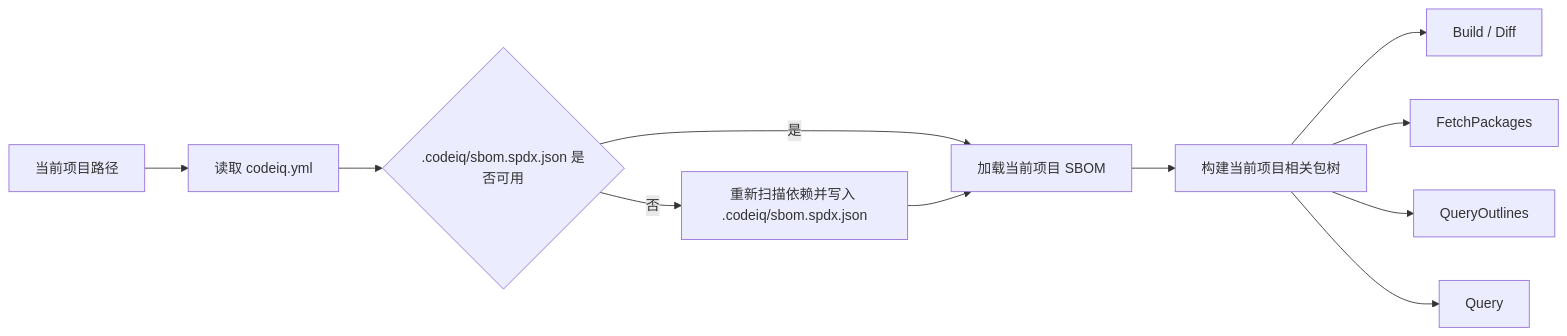
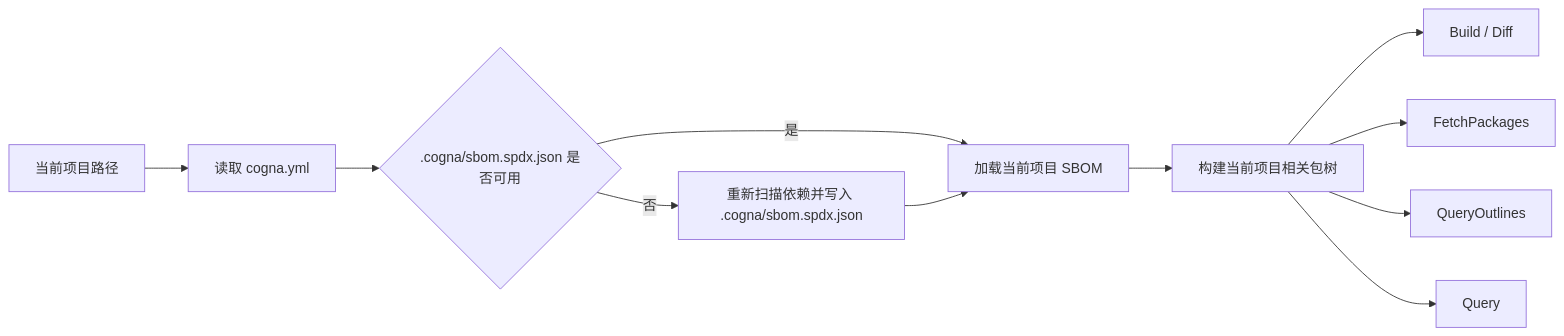
The diagram in spec/api.md (cogna-dev/cogna), drawn with Mermaid before and after one commit. The commit also changed other lines of this file and 172 other files, not shown here.

````diff
--- a/spec/api.md
+++ b/spec/api.md
@@ -74,13 +74,13 @@
 ```mermaid
 flowchart LR
-    A[当前项目路径] --> B[读取 codeiq.yml]
-    B --> C{.codeiq/sbom.spdx.json 是否可用}
+    A[当前项目路径] --> B[读取 cogna.yml]
+    B --> C{.cogna/sbom.spdx.json 是否可用}
     C -- 是 --> D[加载当前项目 SBOM]
-    C -- 否 --> E[重新扫描依赖并写入 .codeiq/sbom.spdx.json]
+    C -- 否 --> E[重新扫描依赖并写入 .cogna/sbom.spdx.json]
     E --> D
     D --> F[构建当前项目相关包树]
     F --> G[Build / Diff]
     F --> H[FetchPackages]
     F --> I[QueryOutlines]
     F --> J[Query]
 ```
````
